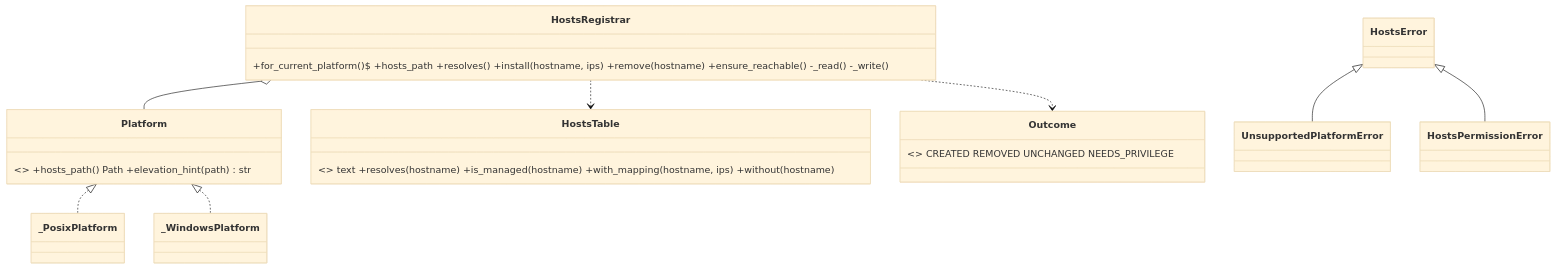
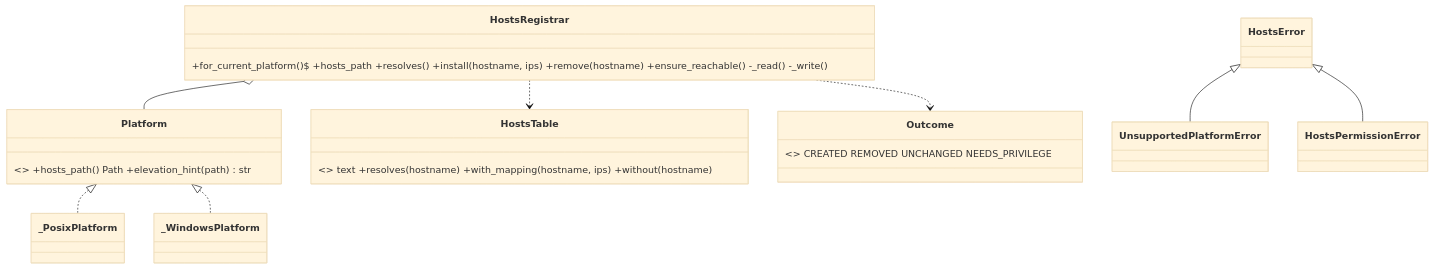
Before and after one commit to iklobato/avai: diagram 21 of 22 in docs/ARCHITECTURE.md, drawn with Mermaid (base theme). The commit also changed other lines of this file and 1 other file, not shown here.

First line of the commit message:
docs: sync architecture map and plan with the phase 1 deletions

````diff
--- a/docs/ARCHITECTURE.md
+++ b/docs/ARCHITECTURE.md
@@ -1341,19 +1310,19 @@
 ```mermaid
 classDiagram
     class Platform { <<Protocol>> +hosts_path() Path +elevation_hint(path) str }
     class _PosixPlatform
     class _WindowsPlatform
     Platform <|.. _PosixPlatform
     Platform <|.. _WindowsPlatform
-    class HostsTable { <<frozen>> text +resolves(hostname) +is_managed(hostname) +with_mapping(hostname, ips) +without(hostname) }
+    class HostsTable { <<frozen>> text +resolves(hostname) +with_mapping(hostname, ips) +without(hostname) }
     class Outcome { <<Enum>> CREATED REMOVED UNCHANGED NEEDS_PRIVILEGE }
     class HostsRegistrar { +for_current_platform()$ +hosts_path +resolves() +install(hostname, ips) +remove(hostname) +ensure_reachable() -_read() -_write() }
     class HostsError
     class UnsupportedPlatformError
     class HostsPermissionError
     HostsError <|-- UnsupportedPlatformError
     HostsError <|-- HostsPermissionError
     HostsRegistrar o-- Platform
     HostsRegistrar ..> HostsTable
     HostsRegistrar ..> Outcome
 ```
````
